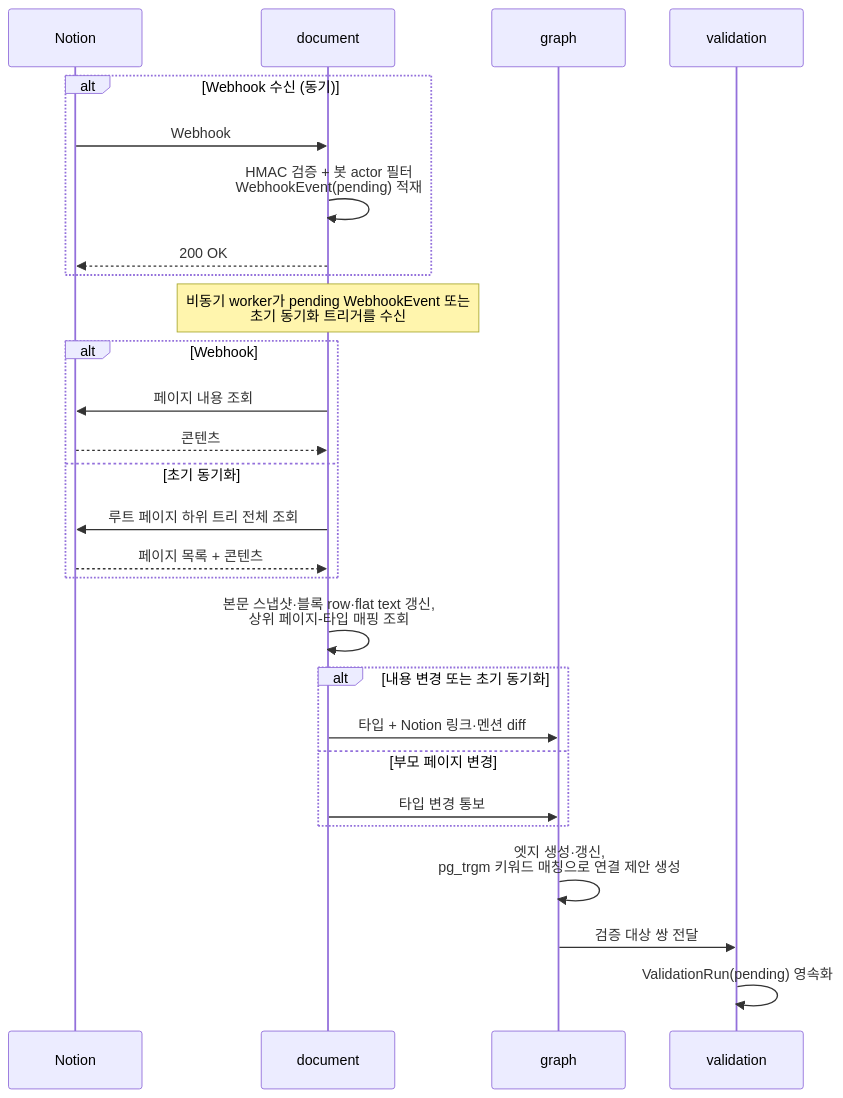
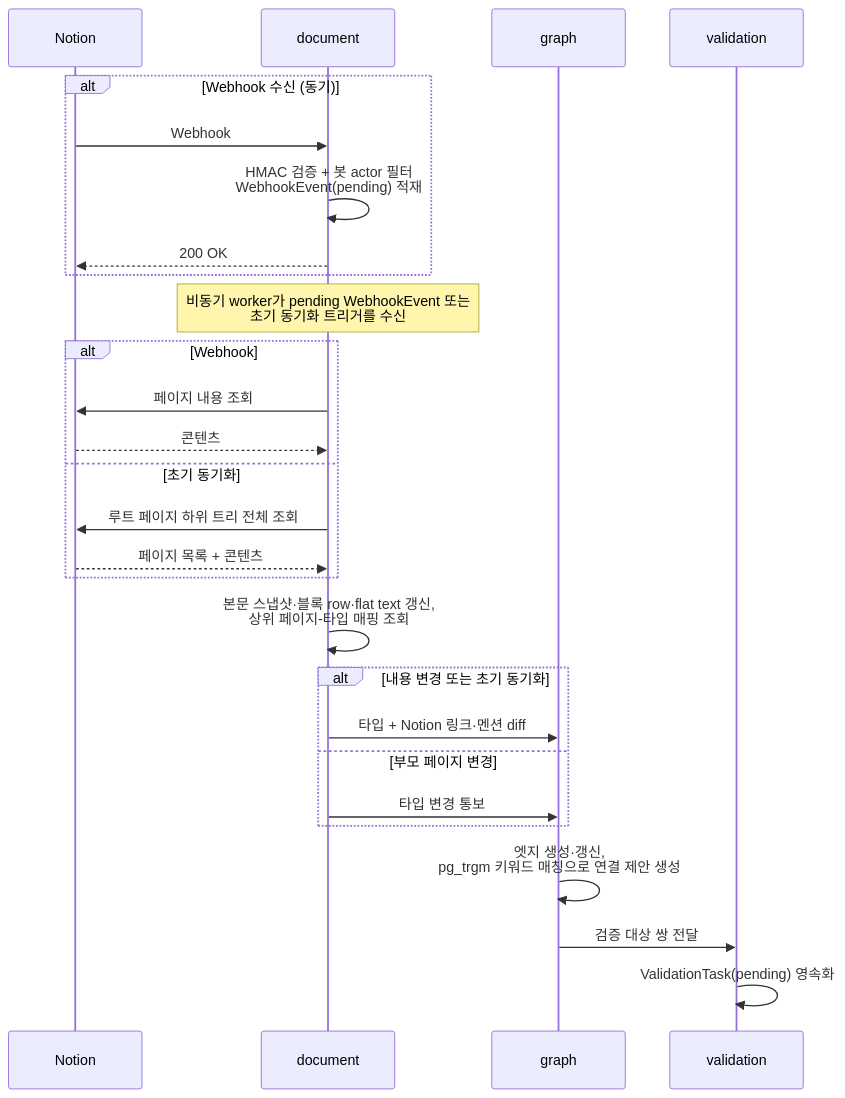
Before and after one commit to ladinzgit/doc-graph: the second of 3 diagrams in docs/domains.md, drawn with Mermaid. The commit also changed other lines of this file and 4 other files, not shown here.

````diff
--- a/docs/domains.md
+++ b/docs/domains.md
@@ -46,31 +46,31 @@
 ```mermaid
 sequenceDiagram
     participant Notion
     participant document
     participant graph
     participant validation
 
     alt Webhook 수신 (동기)
         Notion->>document: Webhook
         document->>document: HMAC 검증 + 봇 actor 필터<br/>WebhookEvent(pending) 적재
         document-->>Notion: 200 OK
     end
 
     Note over document: 비동기 worker가 pending WebhookEvent 또는<br/>초기 동기화 트리거를 수신
     alt Webhook
         document->>Notion: 페이지 내용 조회
         Notion-->>document: 콘텐츠
     else 초기 동기화
         document->>Notion: 루트 페이지 하위 트리 전체 조회
         Notion-->>document: 페이지 목록 + 콘텐츠
     end
     document->>document: 본문 스냅샷·블록 row·flat text 갱신,<br/>상위 페이지-타입 매핑 조회
     alt 내용 변경 또는 초기 동기화
         document->>graph: 타입 + Notion 링크·멘션 diff
     else 부모 페이지 변경
         document->>graph: 타입 변경 통보
     end
     graph->>graph: 엣지 생성·갱신,<br/>pg_trgm 키워드 매칭으로 연결 제안 생성
     graph->>validation: 검증 대상 쌍 전달
-    validation->>validation: ValidationRun(pending) 영속화
+    validation->>validation: ValidationTask(pending) 영속화
 ```
````
